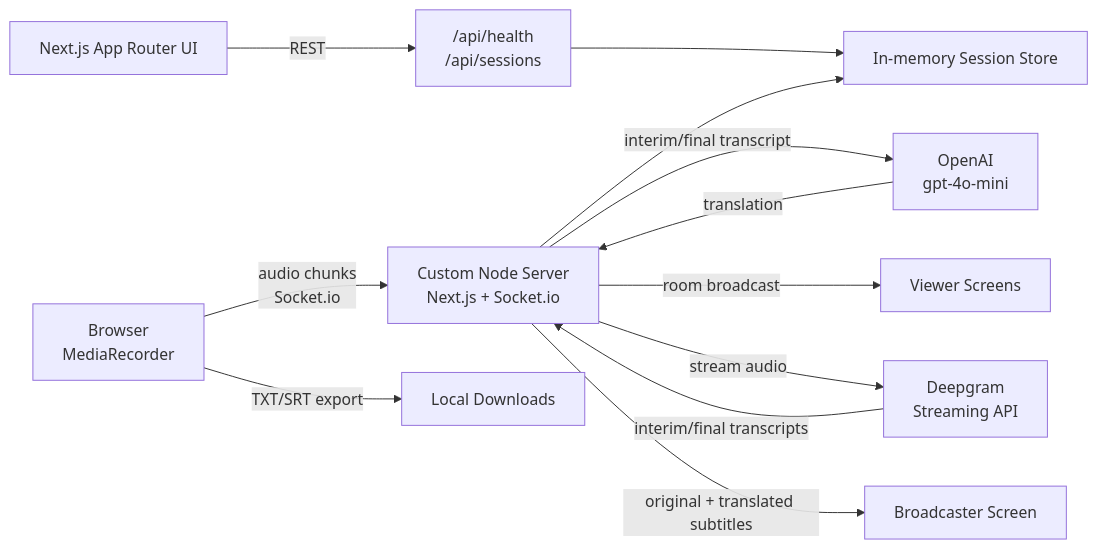
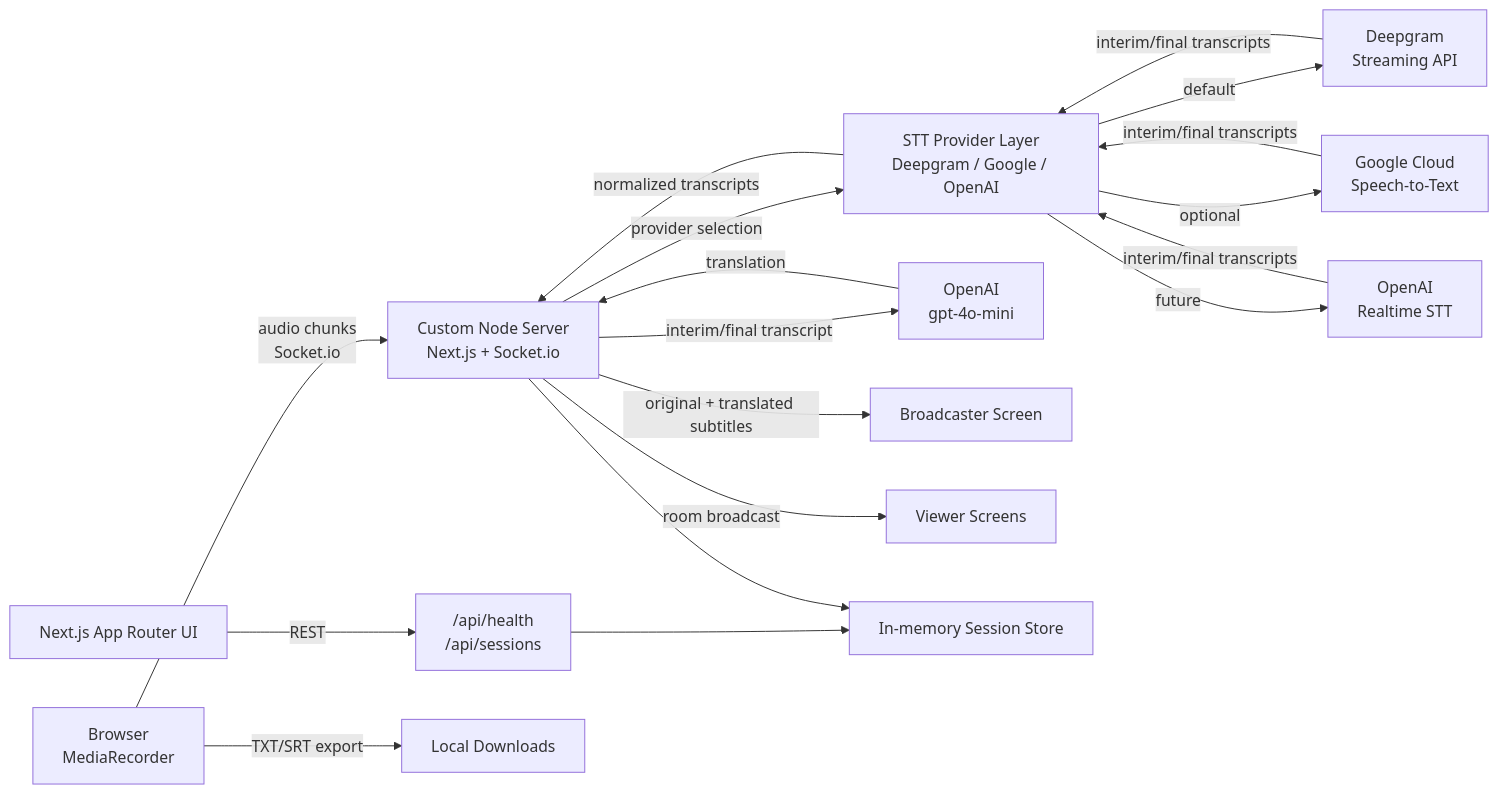
Before and after one commit to sarvarcoders/live-transcription-platform: the diagram in README.md, drawn with Mermaid. The commit also changed other lines of this file and 19 other files, not shown here.

Commit message:
Add pluggable STT providers with Google fallback

````diff
--- a/README.md
+++ b/README.md
@@ -28,14 +30,20 @@
 ```mermaid
 flowchart LR
   Browser["Browser<br/>MediaRecorder"] -->|"audio chunks<br/>Socket.io"| Server["Custom Node Server<br/>Next.js + Socket.io"]
-  Server -->|"stream audio"| Deepgram["Deepgram<br/>Streaming API"]
-  Deepgram -->|"interim/final transcripts"| Server
+  Server -->|"provider selection"| STT["STT Provider Layer<br/>Deepgram / Google / OpenAI"]
+  STT -->|"default"| Deepgram["Deepgram<br/>Streaming API"]
+  STT -->|"optional"| Google["Google Cloud<br/>Speech-to-Text"]
+  STT -->|"future"| OpenAISTT["OpenAI<br/>Realtime STT"]
+  Deepgram -->|"interim/final transcripts"| STT
+  Google -->|"interim/final transcripts"| STT
+  OpenAISTT -->|"interim/final transcripts"| STT
+  STT -->|"normalized transcripts"| Server
   Server -->|"interim/final transcript"| OpenAI["OpenAI<br/>gpt-4o-mini"]
   OpenAI -->|"translation"| Server
   Server -->|"original + translated subtitles"| Broadcaster["Broadcaster Screen"]
   Server -->|"room broadcast"| Viewers["Viewer Screens"]
   UI["Next.js App Router UI"] -->|"REST"| API["/api/health<br/>/api/sessions"]
   API --> Sessions["In-memory Session Store"]
   Server --> Sessions
   Browser -->|"TXT/SRT export"| Files["Local Downloads"]
 ```
````
